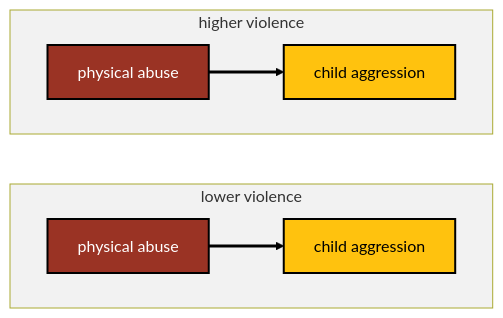
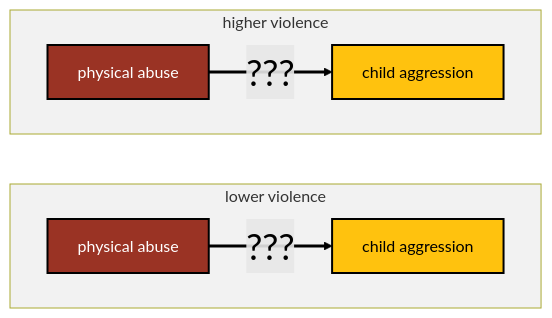
The second of 2 diagrams in normativeness-of-violence/normativeness-of-violence.qmd (agrogan1/closeread), drawn with Mermaid before and after one commit. The commit also changed other lines of this file and 1 other file, not shown here.

Commit message:
bumped up font of links

````diff
--- a/normativeness-of-violence/normativeness-of-violence.qmd
+++ b/normativeness-of-violence/normativeness-of-violence.qmd
@@ -29,37 +29,37 @@
 ```{mermaid}
 
 flowchart LR
 
   classDef yellow fill:#FFC20E,stroke:#000000,stroke-width:2px,color:#000000;
   
   classDef blue fill:#374EA2,stroke:#000000,stroke-width:2px,color:#FFFFFF;
   
   classDef green fill:#00833D,stroke:#000000,stroke-width:2px,color:#FFFFFF;
   
   classDef orange fill:#D86018,stroke:#000000,stroke-width:2px,color:#FFFFFF;
   
   classDef red fill:#9A3324,stroke:#000000,stroke-width:2px,color:#FFFFFF;
   
   subgraph lowerviolence [lower violence]
   
   direction LR
 
-  abuse0[physical abuse]:::red --> aggression0[child aggression]:::yellow
+  abuse0[physical abuse]:::red --> |"???"| aggression0[child aggression]:::yellow
   
   end
   
   subgraph higherviolence [higher violence]
   
   direction LR
 
-  abuse1[physical abuse]:::red --> aggression1[child aggression]:::yellow
+  abuse1[physical abuse]:::red --> |"???"| aggression1[child aggression]:::yellow
   
   end
 
-  linkStyle 0,1 stroke:#000000,stroke-width:3px,color:black;
+  linkStyle 0,1 stroke:#000000,stroke-width:3px,font-size:36px,color:black;
 
   style lowerviolence fill: #F2F2F2
 
   style higherviolence fill: #F2F2F2
 
 ```
````
